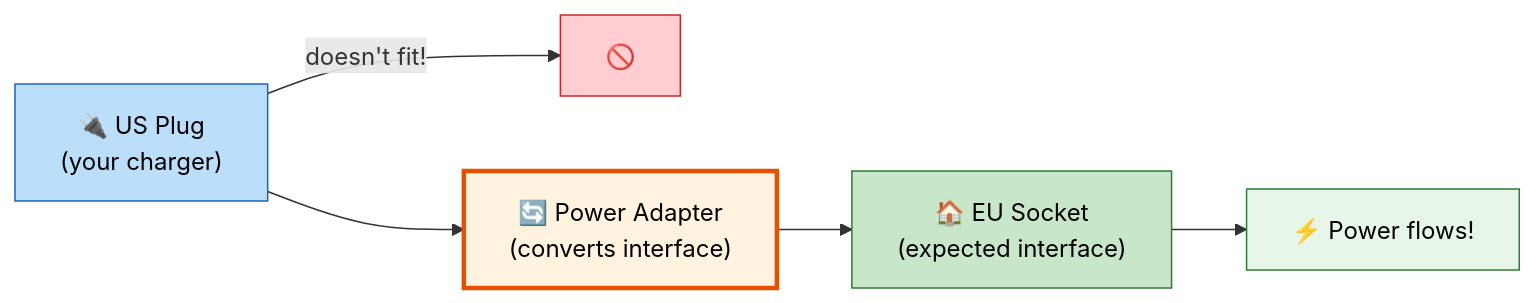
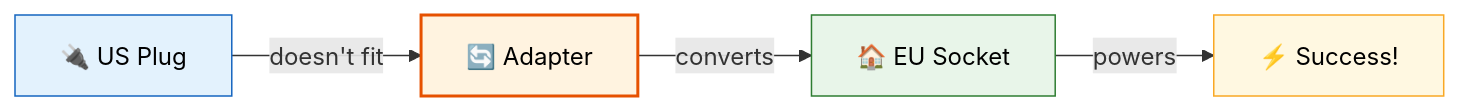
Before and after one commit to saivamsikaruturi/vamsilabs-dev-notes-main: the first of 4 diagrams in docs/designpatterns/structuralDesignPatterns/AdapterDesignPattern.md, drawn with Mermaid. The commit also changed other lines of this file and 42 other files, not shown here.

````diff
--- a/docs/designpatterns/structuralDesignPatterns/AdapterDesignPattern.md
+++ b/docs/designpatterns/structuralDesignPatterns/AdapterDesignPattern.md
@@ -12,13 +12,11 @@
 ```mermaid
 flowchart LR
-    A["🔌 US Plug<br/>(your charger)"] -->|doesn't fit!| B["🚫"]
-    A --> C["🔄 Power Adapter<br/>(converts interface)"]
-    C --> D["🏠 EU Socket<br/>(expected interface)"]
-    D --> E["⚡ Power flows!"]
-    
-    style A fill:#BBDEFB,stroke:#1565C0,color:#000
-    style B fill:#FFCDD2,stroke:#C62828,color:#000
-    style C fill:#FFF3E0,stroke:#E65100,stroke-width:3px,color:#000
-    style D fill:#C8E6C9,stroke:#2E7D32,color:#000
-    style E fill:#E8F5E9,stroke:#2E7D32,color:#000
+    A["🔌 US Plug"] -->|"doesn't fit"| B["🔄 Adapter"]
+    B -->|"converts"| C["🏠 EU Socket"]
+    C -->|"powers"| D["⚡ Success!"]
+
+    style A fill:#E3F2FD,stroke:#1565C0,color:#000
+    style B fill:#FFF3E0,stroke:#E65100,stroke-width:2px,color:#000
+    style C fill:#E8F5E9,stroke:#2E7D32,color:#000
+    style D fill:#FFF8E1,stroke:#F9A825,color:#000
 ```
````
